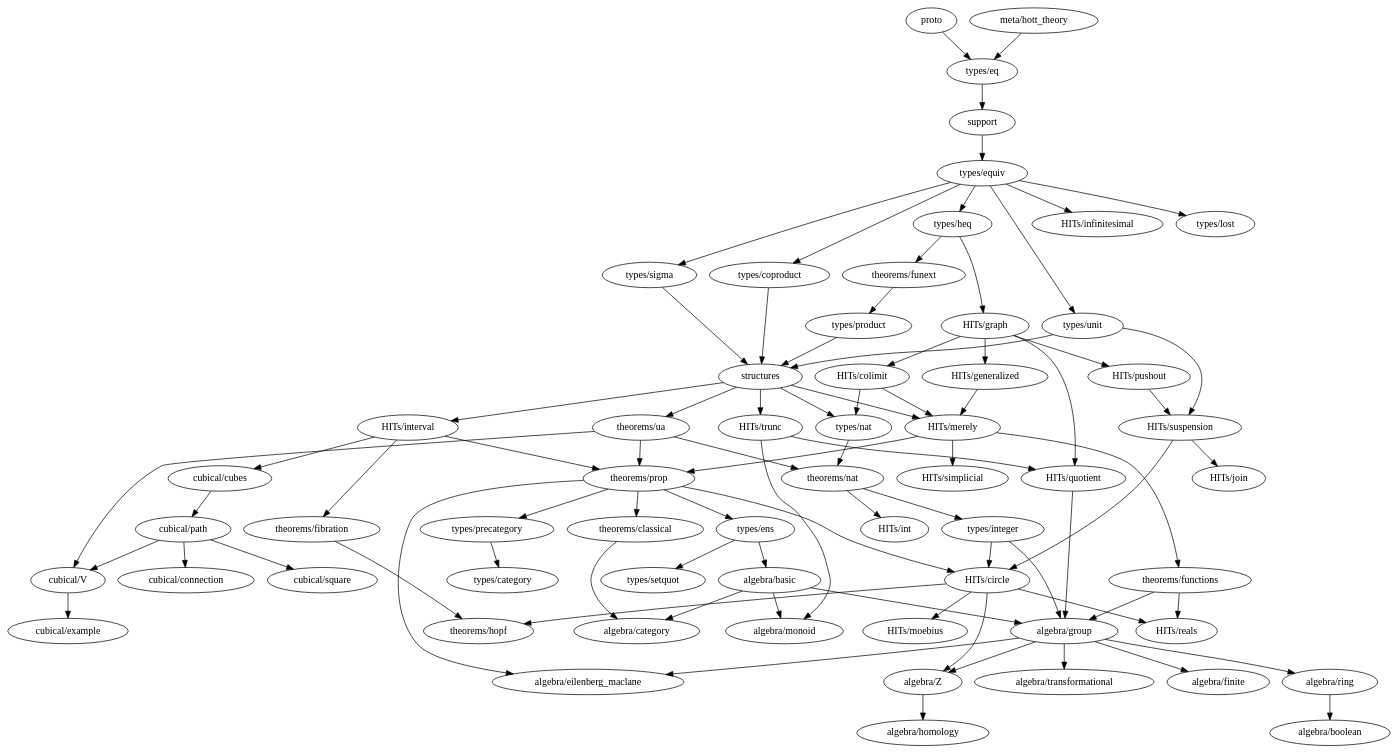
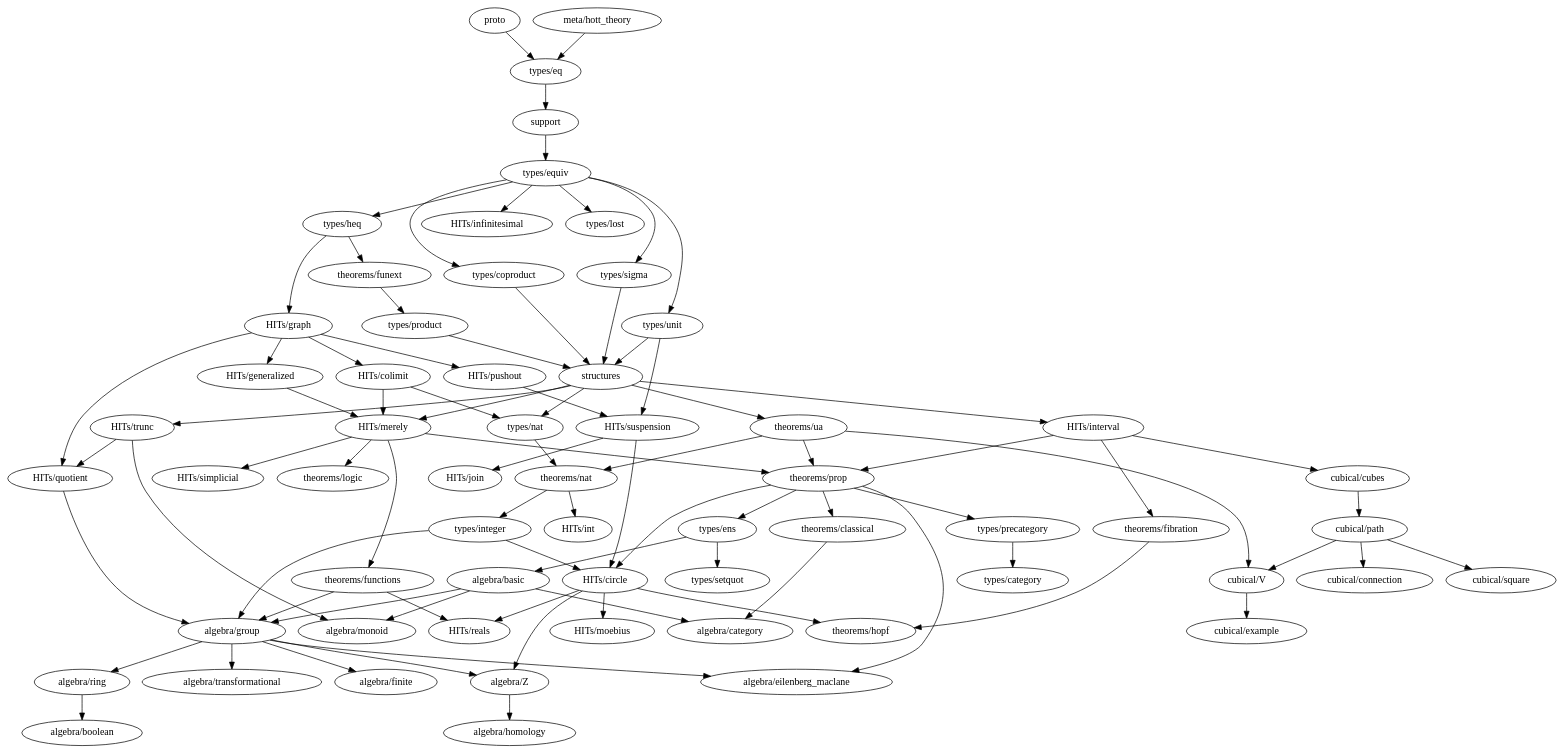
The diagram in dependency-map.gv (forked-from-1kasper/ground_zero), drawn with Graphviz before and after one commit. The commit also changed 2 other files, not shown here.

Commit message:
S5 logic

```diff
--- a/dependency-map.gv
+++ b/dependency-map.gv
@@ -1,133 +1,135 @@
 digraph dependency_map {
   proto -> "types/eq"
   "meta/hott_theory" -> "types/eq"
   support -> "types/equiv"
   structures -> {
     "HITs/interval",
     "HITs/merely",
     "HITs/trunc",
     "types/nat",
     "theorems/ua"
   }
 
   subgraph algebra {
     "algebra/basic" -> { "algebra/category", "algebra/monoid", "algebra/group" }
     "algebra/boolean"
     "algebra/category"
     "algebra/eilenberg_maclane"
     "algebra/finite"
     "algebra/group" -> {
       "algebra/eilenberg_maclane",
       "algebra/finite",
       "algebra/ring",
       "algebra/transformational",
       "algebra/Z"
     }
     "algebra/homology"
     "algebra/monoid"
     "algebra/ring" -> { "algebra/boolean" }
     "algebra/transformational"
     "algebra/Z" -> { "algebra/homology" }
   }
 
   subgraph types {
     "types/category"
     "types/coproduct" -> { structures }
     "types/eq" -> { support }
     "types/ens" -> { "algebra/basic", "types/setquot" }
     "types/equiv" -> {
       "types/heq",
       "HITs/infinitesimal",
       "types/coproduct",
       "types/lost",
       "types/unit",
       "types/sigma"
     }
     "types/heq" -> {
       "HITs/graph", "theorems/funext"
     }
     "types/integer" -> {
       "algebra/group",
       "HITs/circle"
     }
     "types/lost"
     "types/nat" -> { "theorems/nat" }
     "types/precategory" -> { "types/category" }
     "types/product" -> { structures }
     "types/setquot"
     "types/sigma" -> { structures }
     "types/unit" -> { structures, "HITs/suspension" }
   }
 
   subgraph HITs {
     "HITs/circle" -> {
       "algebra/Z",
       "theorems/hopf",
       "HITs/moebius",
       "HITs/reals"
     }
     "HITs/colimit" -> { "HITs/merely", "types/nat" }
     "HITs/generalized" -> "HITs/merely"
     "HITs/graph" -> {
       "HITs/colimit",
       "HITs/generalized",
       "HITs/pushout",
       "HITs/quotient"
     }
     "HITs/infinitesimal"
     "HITs/interval" -> {
       "cubical/cubes",
       "theorems/prop",
       "theorems/fibration"
     }
     "HITs/join"
     "HITs/merely" -> {
+      "theorems/logic",
       "theorems/prop",
       "HITs/simplicial",
       "theorems/functions"
     }
     "HITs/moebius"
     "HITs/pushout" -> {
       "HITs/suspension"
     }
     "HITs/quotient" -> { "algebra/group" }
     "HITs/reals"
     "HITs/simplicial"
     "HITs/suspension" -> { "HITs/circle", "HITs/join" }
     "HITs/trunc" -> { "algebra/monoid", "HITs/quotient" }
   }
 
   subgraph cubical {
     "cubical/connection"
     "cubical/cubes" -> "cubical/path"
     "cubical/example"
     "cubical/path" -> {
       "cubical/square",
       "cubical/V",
       "cubical/connection"
     }
     "cubical/square"
     "cubical/V" -> { "cubical/example" }
   }
 
   subgraph theorems {
     "theorems/classical" -> { "algebra/category" }
     "theorems/fibration" -> { "theorems/hopf" }
     "theorems/functions" -> { "HITs/reals", "algebra/group" }
     "theorems/funext" -> { "types/product" }
     "theorems/hopf"
+    "theorems/logic"
     "theorems/nat" -> { "HITs/int", "types/integer" }
     "theorems/prop" -> {
       "algebra/eilenberg_maclane",
       "HITs/circle",
       "types/ens",
       "types/precategory",
       "theorems/classical"
     }
     "theorems/ua" -> {
       "theorems/nat",
       "theorems/prop",
       "cubical/V"
     }
   }
 }
```
